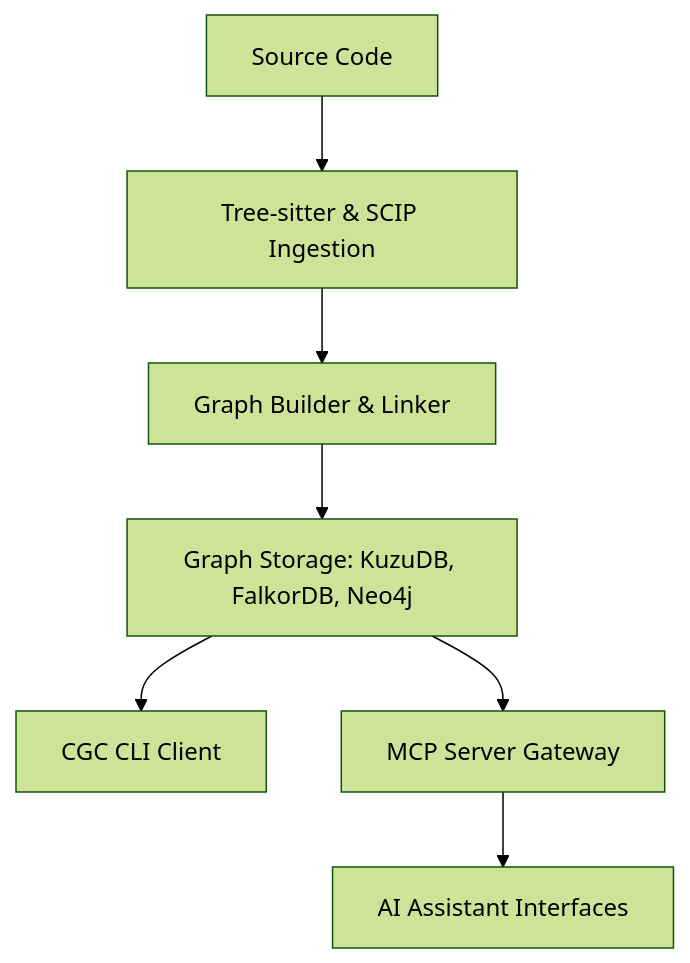
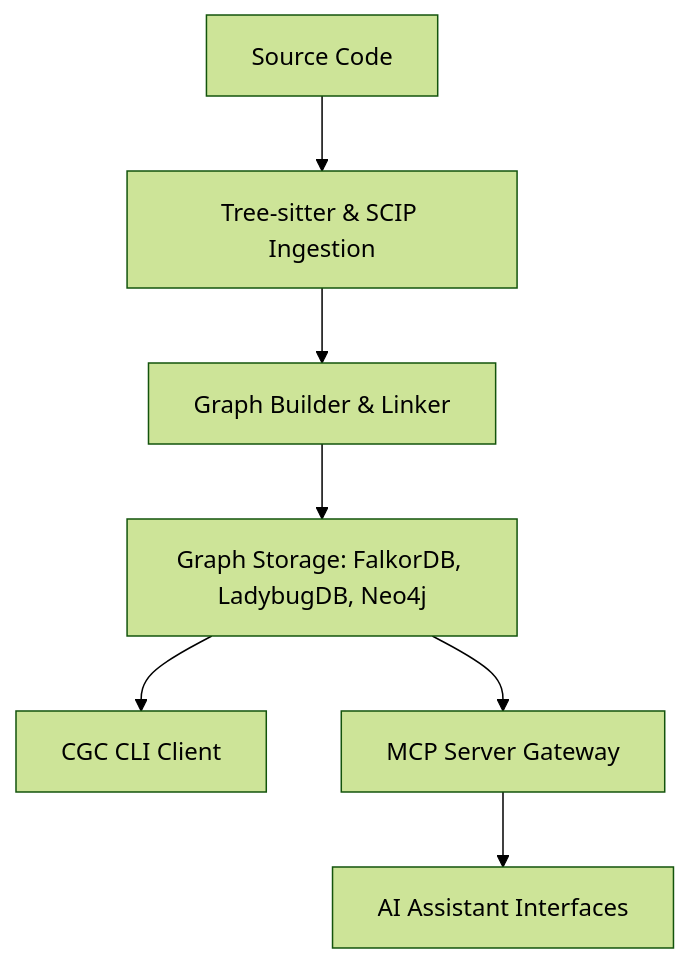
Before and after one commit to CodeGraphContext/CodeGraphContext: the diagram in docs/docs/index.md, drawn with Mermaid (forest theme). The commit also changed other lines of this file and 15 other files, not shown here.

````diff
--- a/docs/docs/index.md
+++ b/docs/docs/index.md
@@ -25,9 +25,9 @@
 ```mermaid
 graph TD
     src[Source Code] --> parse[Tree-sitter & SCIP Ingestion]
     parse --> builder[Graph Builder & Linker]
-    builder --> db[Graph Storage: KuzuDB, FalkorDB, Neo4j]
+    builder --> db[Graph Storage: FalkorDB, LadybugDB, Neo4j]
     db --> cli[CGC CLI Client]
     db --> mcp[MCP Server Gateway]
     mcp --> ai[AI Assistant Interfaces]
 ```
````
